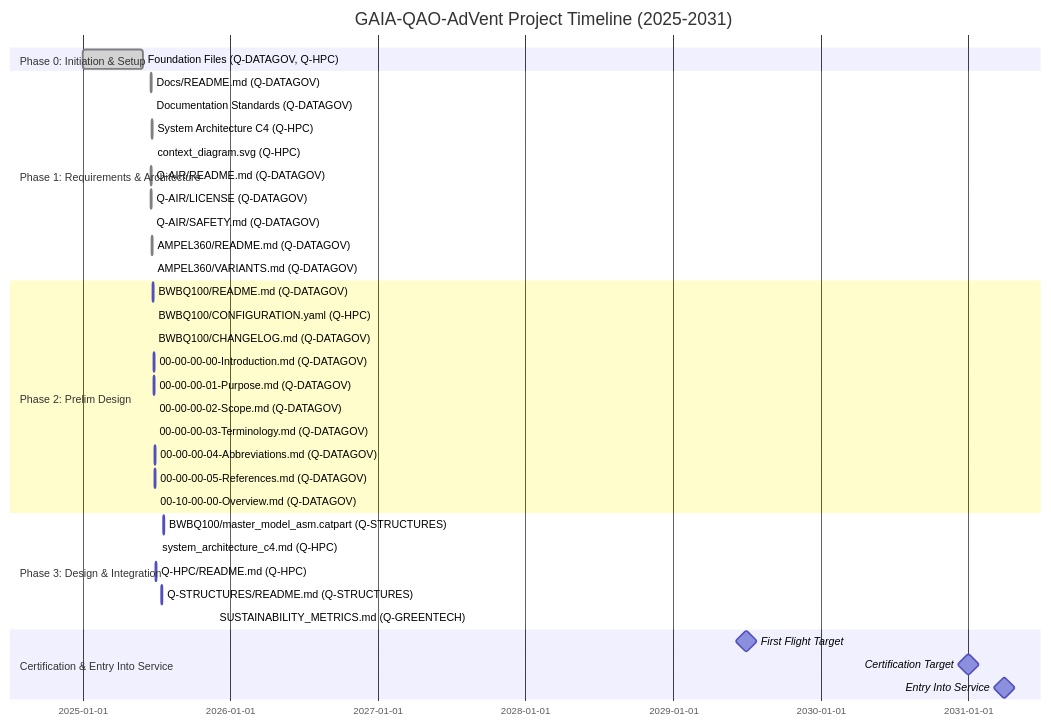
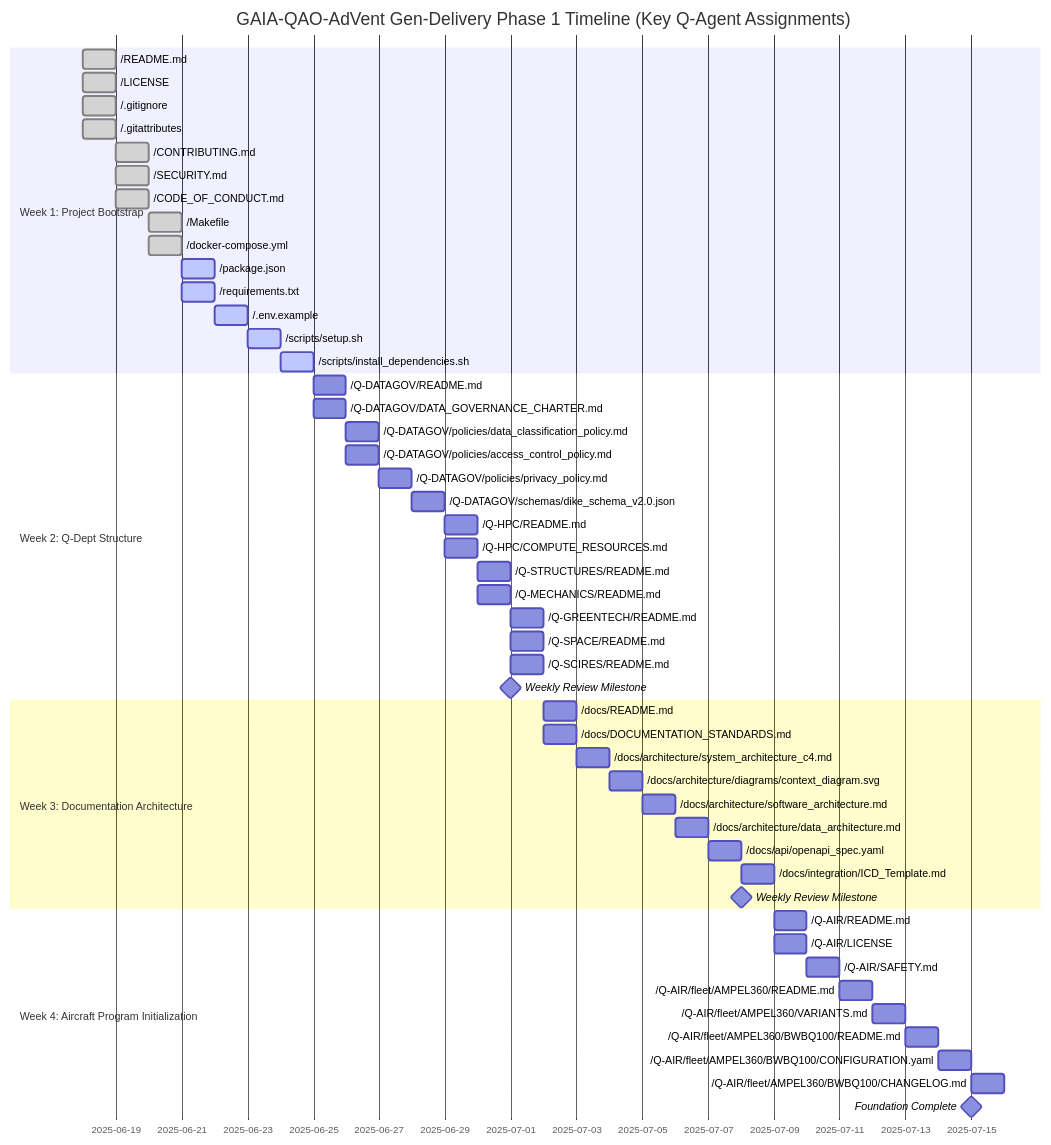
The second of 3 diagrams in README.md (Robbbo-T/GAIA-QAO-ADVENT), drawn with Mermaid before and after one commit. The commit also changed other lines of this file, not shown here.

````diff
--- a/README.md
+++ b/README.md
@@ -1014,43 +1014,58 @@
 ```mermaid
 gantt
-    title GAIA-QAO-AdVent Project Timeline (2025-2031)
+    title GAIA-QAO-AdVent Gen-Delivery Phase 1 Timeline (Key Q-Agent Assignments)
     dateFormat  YYYY-MM-DD
+    section Week 1: Project Bootstrap
+    /README.md          :done,     qgov1, 2025-06-18, 1d
+    /LICENSE            :done,     qgov2, 2025-06-18, 1d
+    /.gitignore         :done,     qhpc1, 2025-06-18, 1d
+    /.gitattributes     :done,     qhpc2, 2025-06-18, 1d
+    /CONTRIBUTING.md    :done,     qgov3, 2025-06-19, 1d
+    /SECURITY.md        :done,     qgov4, 2025-06-19, 1d
+    /CODE_OF_CONDUCT.md :done,     qgov5, 2025-06-19, 1d
+    /Makefile           :done,     qhpc3, 2025-06-20, 1d
+    /docker-compose.yml :done,     qhpc4, 2025-06-20, 1d
+    /package.json       :active,   qhpc5, 2025-06-21, 1d
+    /requirements.txt   :active,   qhpc6, 2025-06-21, 1d
+    /.env.example       :active,   qhpc7, 2025-06-22, 1d
+    /scripts/setup.sh   :active,   qhpc8, 2025-06-23, 1d
+    /scripts/install_dependencies.sh :active, qhpc9, 2025-06-24, 1d
 
-    section Phase 0: Initiation & Setup
-    Foundation Files (Q-DATAGOV, Q-HPC)          :done,     p0a, 2025-01-01, 2025-05-30
+    section Week 2: Q-Dept Structure
+    /Q-DATAGOV/README.md              :qgov6, 2025-06-25, 1d
+    /Q-DATAGOV/DATA_GOVERNANCE_CHARTER.md :qgov7, 2025-06-25, 1d
+    /Q-DATAGOV/policies/data_classification_policy.md :qgov8, 2025-06-26, 1d
+    /Q-DATAGOV/policies/access_control_policy.md :qgov9, 2025-06-26, 1d
+    /Q-DATAGOV/policies/privacy_policy.md     :qgov10, 2025-06-27, 1d
+    /Q-DATAGOV/schemas/dike_schema_v2.0.json  :qgov11, 2025-06-28, 1d
+    /Q-HPC/README.md                          :qhpc10, 2025-06-29, 1d
+    /Q-HPC/COMPUTE_RESOURCES.md               :qhpc11, 2025-06-29, 1d
+    /Q-STRUCTURES/README.md                   :qstr1, 2025-06-30, 1d
+    /Q-MECHANICS/README.md                    :qmec1, 2025-06-30, 1d
+    /Q-GREENTECH/README.md                    :qgrn1, 2025-07-01, 1d
+    /Q-SPACE/README.md                        :qspc1, 2025-07-01, 1d
+    /Q-SCIRES/README.md                       :qsci1, 2025-07-01, 1d
+    Weekly Review Milestone : milestone, m1, 2025-07-01, 0d
 
-    section Phase 1: Requirements & Architecture
-    Docs/README.md (Q-DATAGOV)                  :done,     p1a, 2025-06-19, 1d
-    Documentation Standards (Q-DATAGOV)         :done,     p1b, 2025-06-20, 1d
-    System Architecture C4 (Q-HPC)              :done,     p1c, 2025-06-21, 2d
-    context_diagram.svg (Q-HPC)                 :done,     p1d, 2025-06-22, 1d
-    Q-AIR/README.md (Q-DATAGOV)                 :done,     p1e, 2025-06-19, 1d
-    Q-AIR/LICENSE (Q-DATAGOV)                   :done,     p1f, 2025-06-19, 1d
-    Q-AIR/SAFETY.md (Q-DATAGOV)                 :done,     p1g, 2025-06-20, 1d
-    AMPEL360/README.md (Q-DATAGOV)              :done,     p1h, 2025-06-21, 1d
-    AMPEL360/VARIANTS.md (Q-DATAGOV)            :done,     p1i, 2025-06-22, 1d
+    section Week 3: Documentation Architecture
+    /docs/README.md                          :qgov12, 2025-07-02, 1d
+    /docs/DOCUMENTATION_STANDARDS.md         :qgov13, 2025-07-02, 1d
+    /docs/architecture/system_architecture_c4.md :qhpc12, 2025-07-03, 1d
+    /docs/architecture/diagrams/context_diagram.svg :qhpc13, 2025-07-04, 1d
+    /docs/architecture/software_architecture.md :qhpc14, 2025-07-05, 1d
+    /docs/architecture/data_architecture.md :qhpc15, 2025-07-06, 1d
+    /docs/api/openapi_spec.yaml              :qhpc16, 2025-07-07, 1d
+    /docs/integration/ICD_Template.md        :qgov14, 2025-07-08, 1d
+    Weekly Review Milestone : milestone, m2, 2025-07-08, 0d
 
-    section Phase 2: Prelim Design
-    BWBQ100/README.md (Q-DATAGOV)               :p2a, 2025-06-23, 1d
-    BWBQ100/CONFIGURATION.yaml (Q-HPC)          :p2b, 2025-06-24, 1d
-    BWBQ100/CHANGELOG.md (Q-DATAGOV)            :p2c, 2025-06-25, 1d
-    00-00-00-00-Introduction.md (Q-DATAGOV)     :p2d, 2025-06-26, 1d
-    00-00-00-01-Purpose.md (Q-DATAGOV)          :p2e, 2025-06-26, 1d
-    00-00-00-02-Scope.md (Q-DATAGOV)            :p2f, 2025-06-27, 1d
-    00-00-00-03-Terminology.md (Q-DATAGOV)      :p2g, 2025-06-27, 1d
-    00-00-00-04-Abbreviations.md (Q-DATAGOV)    :p2h, 2025-06-28, 1d
-    00-00-00-05-References.md (Q-DATAGOV)       :p2i, 2025-06-28, 1d
-    00-10-00-00-Overview.md (Q-DATAGOV)         :p2j, 2025-06-30, 1d
-
-    section Phase 3: Design & Integration
-    BWBQ100/master_model_asm.catpart (Q-STRUCTURES):p3a, 2025-07-20, 1d
-    system_architecture_c4.md (Q-HPC)           :p3b, 2025-07-04, 1d
-    Q-HPC/README.md (Q-HPC)                     :p3c, 2025-07-01, 1d
-    Q-STRUCTURES/README.md (Q-STRUCTURES)       :p3d, 2025-07-15, 1d
-    SUSTAINABILITY_METRICS.md (Q-GREENTECH)     :p3e, 2025-11-23, 1d
-
-    section Certification & Entry Into Service
-    First Flight Target     :milestone, ff, 2029-06-30, 0d
-    Certification Target    :milestone, ct, 2030-12-31, 0d
-    Entry Into Service      :milestone, eis, 2031-03-31, 0d
+    section Week 4: Aircraft Program Initialization
+    /Q-AIR/README.md                         :qgov15, 2025-07-09, 1d
+    /Q-AIR/LICENSE                           :qgov16, 2025-07-09, 1d
+    /Q-AIR/SAFETY.md                         :qgov17, 2025-07-10, 1d
+    /Q-AIR/fleet/AMPEL360/README.md          :qgov18, 2025-07-11, 1d
+    /Q-AIR/fleet/AMPEL360/VARIANTS.md        :qgov19, 2025-07-12, 1d
+    /Q-AIR/fleet/AMPEL360/BWBQ100/README.md  :qgov20, 2025-07-13, 1d
+    /Q-AIR/fleet/AMPEL360/BWBQ100/CONFIGURATION.yaml :qstr2, 2025-07-14, 1d
+    /Q-AIR/fleet/AMPEL360/BWBQ100/CHANGELOG.md      :qgov21, 2025-07-15, 1d
+    Foundation Complete : milestone, fcmil, 2025-07-15, 0d
 ```
````
